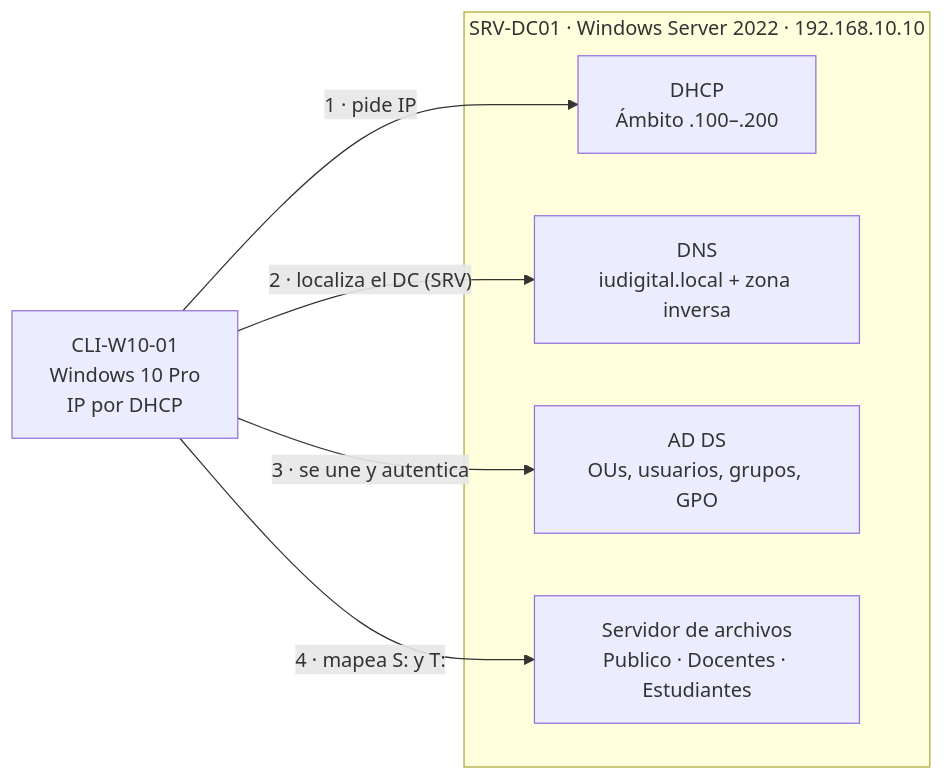
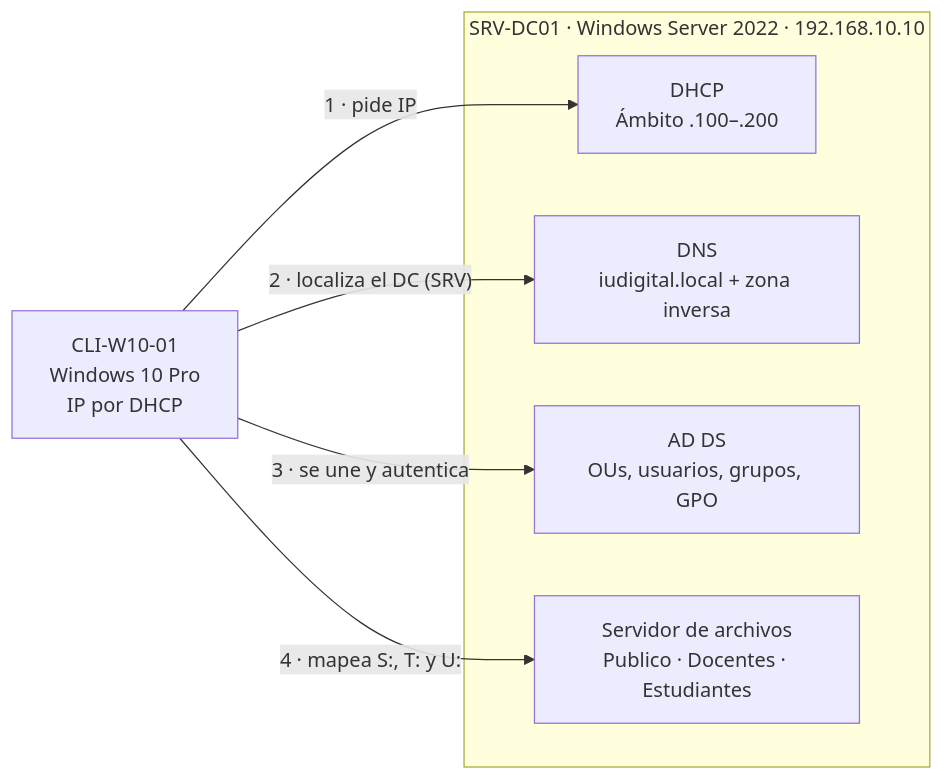
Before and after one commit to kheinermurillo-collab/laboratorio: the diagram in README.md, drawn with Mermaid. The commit also changed other lines of this file, not shown here.

````diff
--- a/README.md
+++ b/README.md
@@ -86,14 +94,14 @@
 ```mermaid
 flowchart LR
     subgraph SRV["SRV-DC01 · Windows Server 2022 · 192.168.10.10"]
         DHCP["DHCP<br/>Ámbito .100–.200"]
         DNS["DNS<br/>iudigital.local + zona inversa"]
         ADDS["AD DS<br/>OUs, usuarios, grupos, GPO"]
         FS["Servidor de archivos<br/>Publico · Docentes · Estudiantes"]
     end
     CLI["CLI-W10-01<br/>Windows 10 Pro<br/>IP por DHCP"]
     CLI -- "1 · pide IP" --> DHCP
     CLI -- "2 · localiza el DC (SRV)" --> DNS
     CLI -- "3 · se une y autentica" --> ADDS
-    CLI -- "4 · mapea S: y T:" --> FS
+    CLI -- "4 · mapea S:, T: y U:" --> FS
 ```
````
